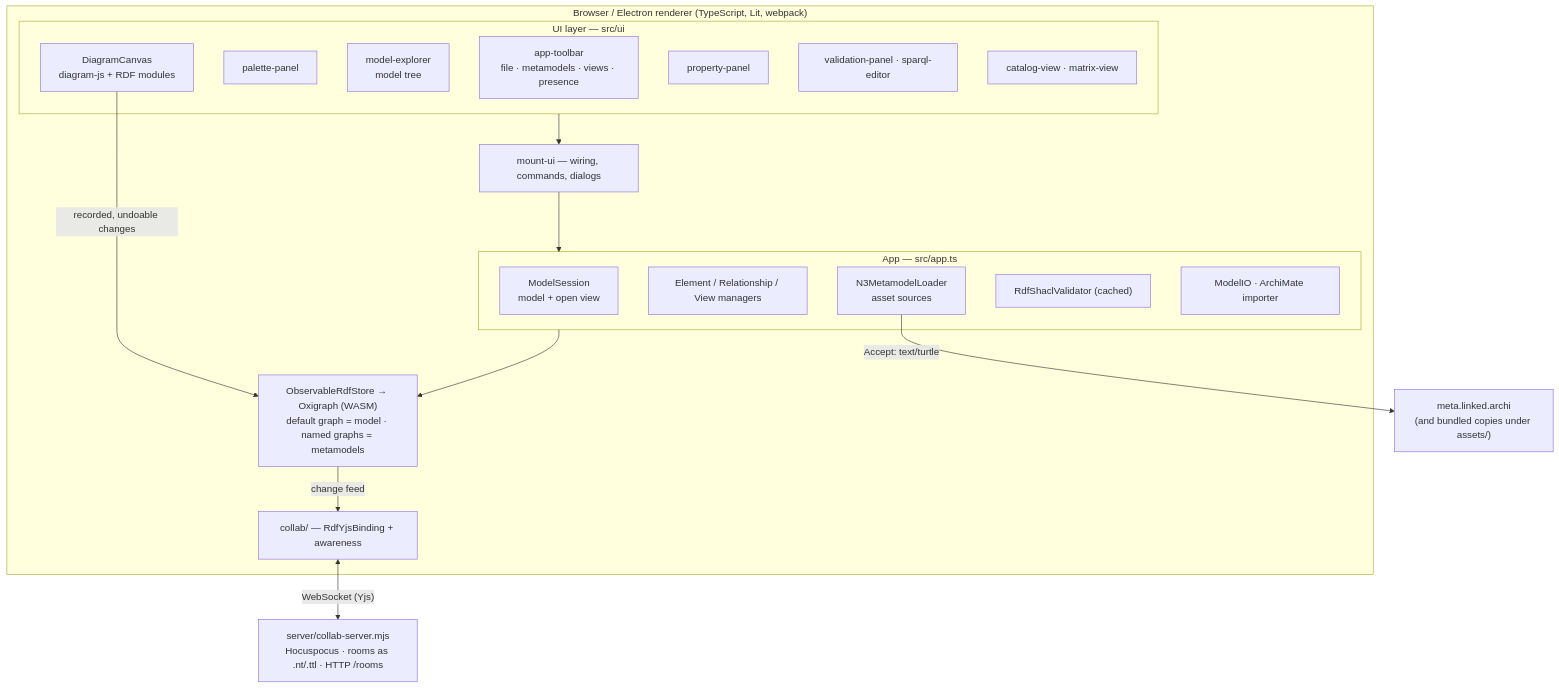
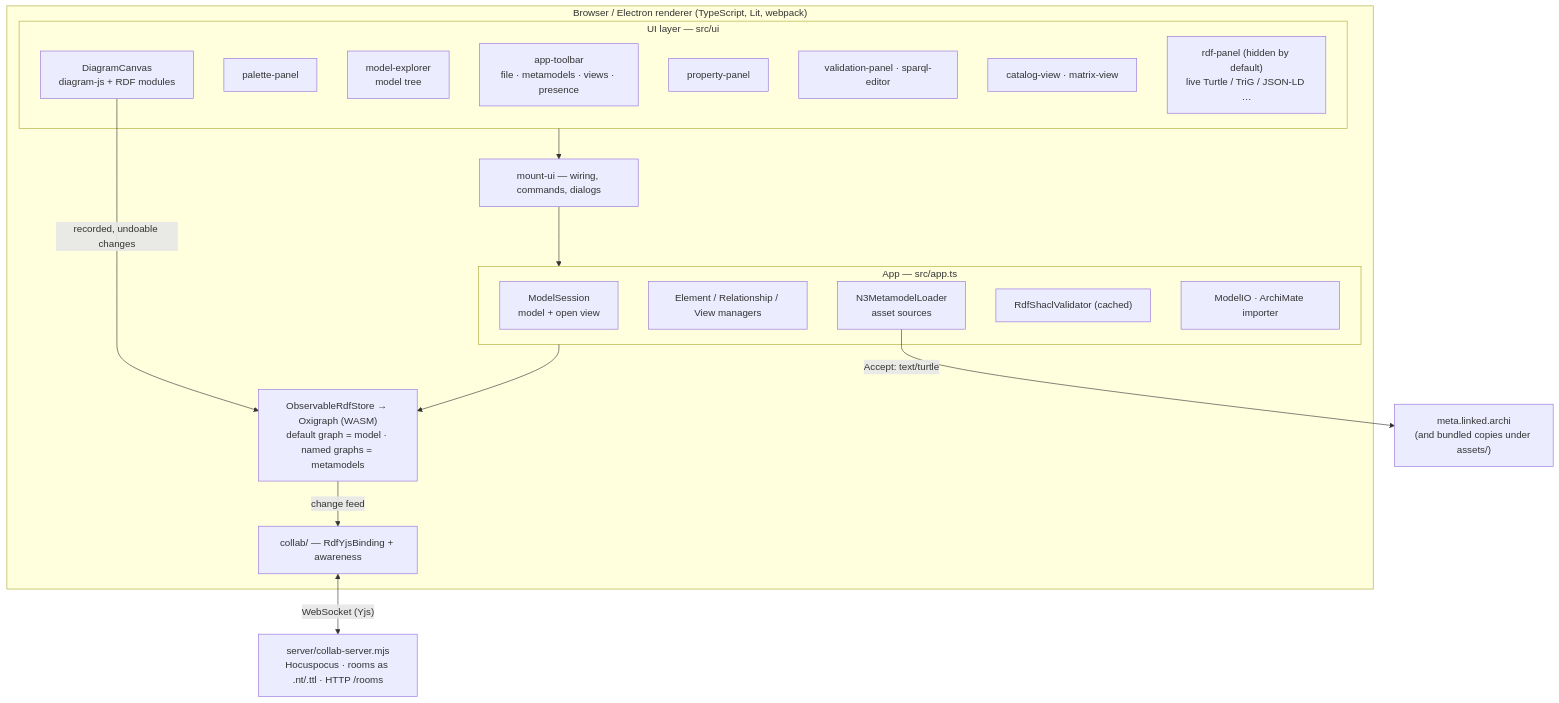
Before and after one commit to linked-archi/la-gram: the first of 2 diagrams in .kiro/specs/la-gram/design.md, drawn with Mermaid. The commit also changed other lines of this file and 40 other files, not shown here.

````diff
--- a/.kiro/specs/la-gram/design.md
+++ b/.kiro/specs/la-gram/design.md
@@ -19,32 +19,33 @@
 ```mermaid
 graph TB
     subgraph Browser["Browser / Electron renderer (TypeScript, Lit, webpack)"]
         subgraph UI["UI layer — src/ui"]
             Toolbar["app-toolbar<br/>file · metamodels · views · presence"]
             Palette["palette-panel"]
             Tree["model-explorer<br/>model tree"]
             Canvas["DiagramCanvas<br/>diagram-js + RDF modules"]
             Props["property-panel"]
             Bottom["validation-panel · sparql-editor"]
             Alt["catalog-view · matrix-view"]
+            Rdf["rdf-panel (hidden by default)<br/>live Turtle / TriG / JSON-LD …"]
         end
         Mount["mount-ui — wiring, commands, dialogs"]
         subgraph Core["App — src/app.ts"]
             Session["ModelSession<br/>model + open view"]
             Managers["Element / Relationship / View managers"]
             MM["N3MetamodelLoader<br/>asset sources"]
             Val["RdfShaclValidator (cached)"]
             IO["ModelIO · ArchiMate importer"]
         end
         Store["ObservableRdfStore → Oxigraph (WASM)<br/>default graph = model · named graphs = metamodels"]
         Collab["collab/ — RdfYjsBinding + awareness"]
     end
     Server["server/collab-server.mjs<br/>Hocuspocus · rooms as .nt/.ttl · HTTP /rooms"]
     Meta["meta.linked.archi<br/>(and bundled copies under assets/)"]
 
     UI --> Mount --> Core --> Store
     Canvas -- "recorded, undoable changes" --> Store
     Store -- "change feed" --> Collab
     Collab <-- "WebSocket (Yjs)" --> Server
     MM -- "Accept: text/turtle" --> Meta
 ```
````
